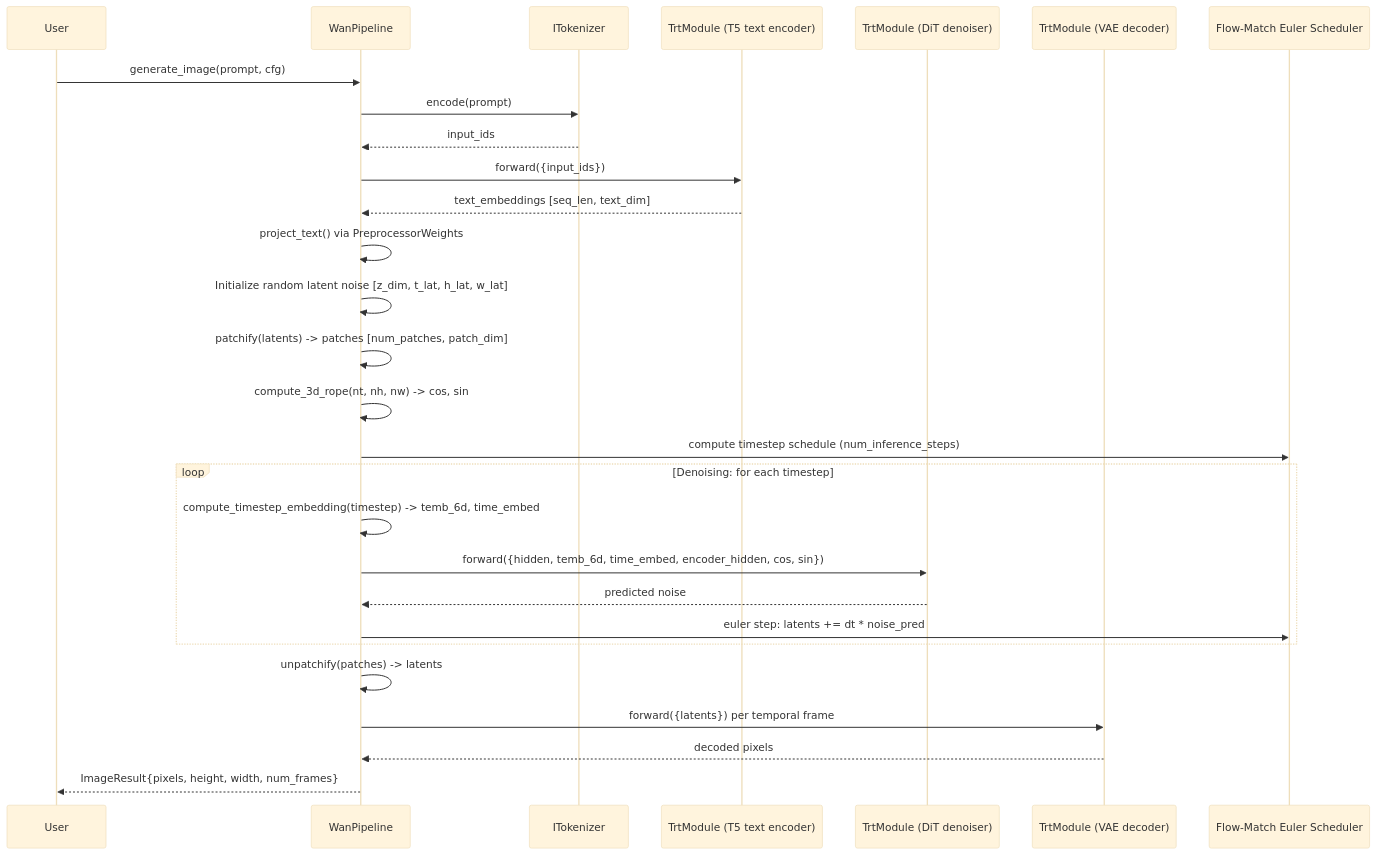
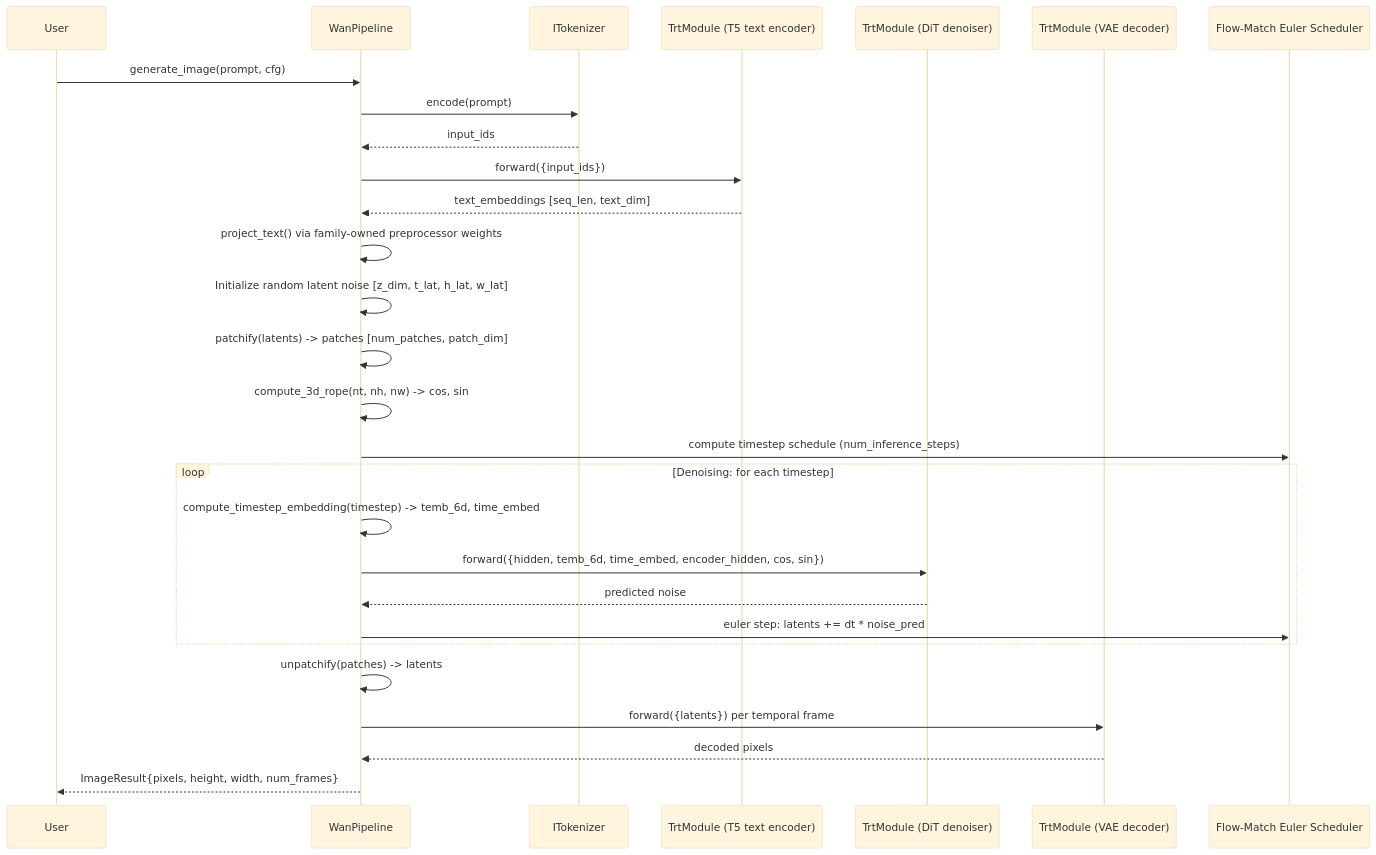
The sixth of 8 diagrams in website/docs/wiki/Dynamic-Design.md (AbishekCoder1/TensorRT-Model-Connect), drawn with Mermaid (base theme) before and after one commit. The commit also changed other lines of this file and 3910 other files, not shown here.

````diff
--- a/website/docs/wiki/Dynamic-Design.md
+++ b/website/docs/wiki/Dynamic-Design.md
@@ -277,31 +278,31 @@
 ```mermaid
 sequenceDiagram
     participant User
     participant WP as WanPipeline
     participant Tok as ITokenizer
     participant T5 as TrtModule (T5 text encoder)
     participant Denoiser as TrtModule (DiT denoiser)
     participant VAE as TrtModule (VAE decoder)
     participant Sched as Flow-Match Euler Scheduler
 
     User->>WP: generate_image(prompt, cfg)
     WP->>Tok: encode(prompt)
     Tok-->>WP: input_ids
     WP->>T5: forward({input_ids})
     T5-->>WP: text_embeddings [seq_len, text_dim]
-    WP->>WP: project_text() via PreprocessorWeights
+    WP->>WP: project_text() via family-owned preprocessor weights
     WP->>WP: Initialize random latent noise [z_dim, t_lat, h_lat, w_lat]
     WP->>WP: patchify(latents) -> patches [num_patches, patch_dim]
     WP->>WP: compute_3d_rope(nt, nh, nw) -> cos, sin
     WP->>Sched: compute timestep schedule (num_inference_steps)
     loop Denoising: for each timestep
         WP->>WP: compute_timestep_embedding(timestep) -> temb_6d, time_embed
         WP->>Denoiser: forward({hidden, temb_6d, time_embed, encoder_hidden, cos, sin})
         Denoiser-->>WP: predicted noise
         WP->>Sched: euler step: latents += dt * noise_pred
     end
     WP->>WP: unpatchify(patches) -> latents
     WP->>VAE: forward({latents}) per temporal frame
     VAE-->>WP: decoded pixels
     WP-->>User: ImageResult{pixels, height, width, num_frames}
 ```
````
